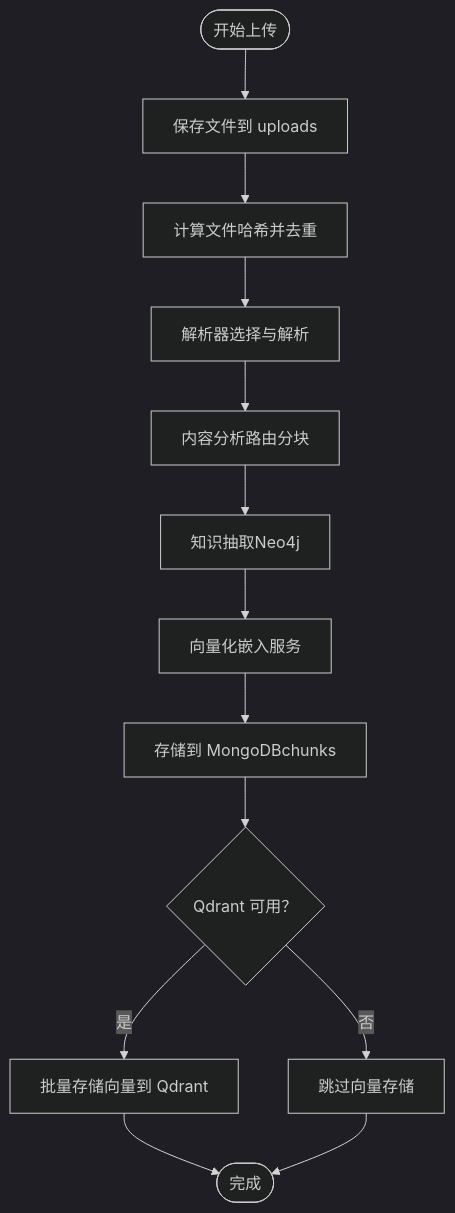
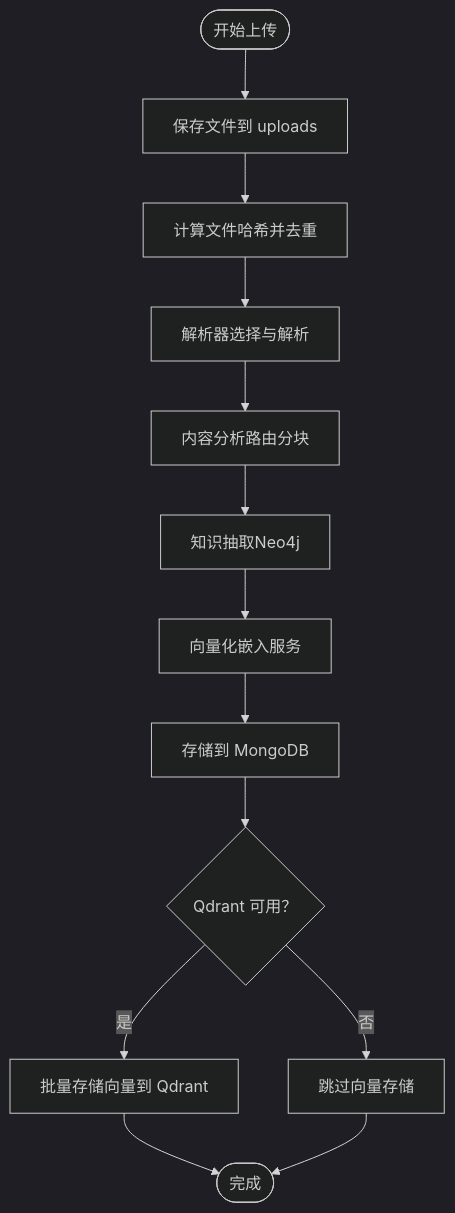
Before and after one commit to iammm0/advanced-rag: the fourth of 9 diagrams in .qoder/repowiki/zh/content/项目概述/系统架构总览.md, drawn with Mermaid (dark theme). The commit also changed other lines of this file and 5 other files, not shown here.

````diff
--- a/.qoder/repowiki/zh/content/项目概述/系统架构总览.md
+++ b/.qoder/repowiki/zh/content/项目概述/系统架构总览.md
@@ -203,15 +250,15 @@
 ```mermaid
 flowchart TD
 Start(["开始上传"]) --> SaveFile["保存文件到 uploads"]
 SaveFile --> Hash["计算文件哈希并去重"]
 Hash --> Parse["解析器选择与解析"]
 Parse --> Chunk["内容分析路由分块"]
 Chunk --> KG["知识抽取Neo4j"]
 KG --> Embed["向量化嵌入服务"]
-Embed --> StoreMongo["存储到 MongoDBchunks"]
+Embed --> StoreMongo["存储到 MongoDB"]
 StoreMongo --> StoreQdrant{"Qdrant 可用？"}
 StoreQdrant --> |是| StoreVec["批量存储向量到 Qdrant"]
 StoreQdrant --> |否| SkipVec["跳过向量存储"]
 StoreVec --> Done(["完成"])
 SkipVec --> Done
 ```
````
